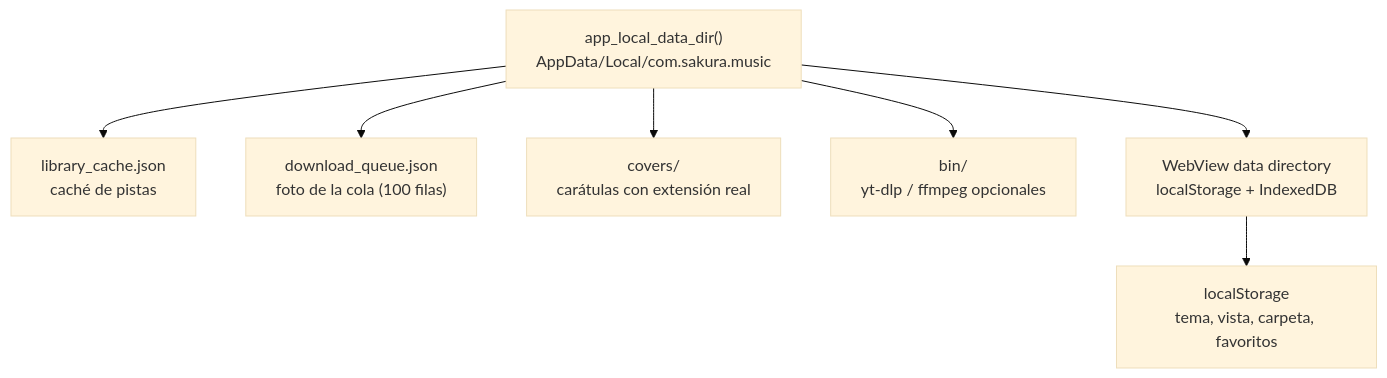
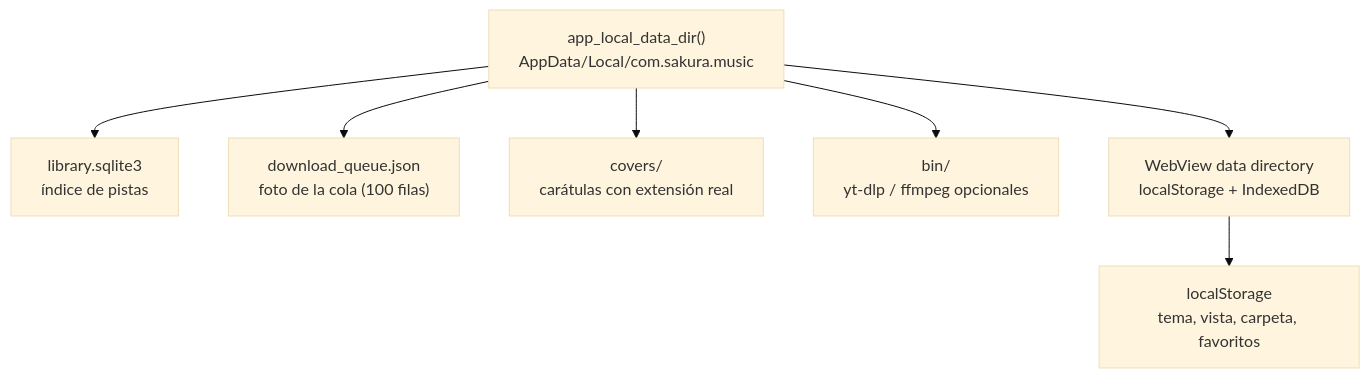
Before and after one commit to YordanoCS1/sakura-music: the third of 6 diagrams in docs/arquitectura.md, drawn with Mermaid (base theme). The commit also changed other lines of this file and 38 other files, not shown here.

````diff
--- a/docs/arquitectura.md
+++ b/docs/arquitectura.md
@@ -93,10 +101,10 @@
 ```mermaid
 flowchart TB
     BASE["app_local_data_dir()<br/>AppData/Local/com.sakura.music"]
-    BASE --> CACHE["library_cache.json<br/>caché de pistas"]
+    BASE --> CACHE["library.sqlite3<br/>índice de pistas"]
     BASE --> QUEUE["download_queue.json<br/>foto de la cola (100 filas)"]
     BASE --> COVERS["covers/<br/>carátulas con extensión real"]
     BASE --> BIN["bin/<br/>yt-dlp / ffmpeg opcionales"]
     BASE --> WEB["WebView data directory<br/>localStorage + IndexedDB"]
     WEB --> PREF["localStorage<br/>tema, vista, carpeta, favoritos"]
 ```
````
